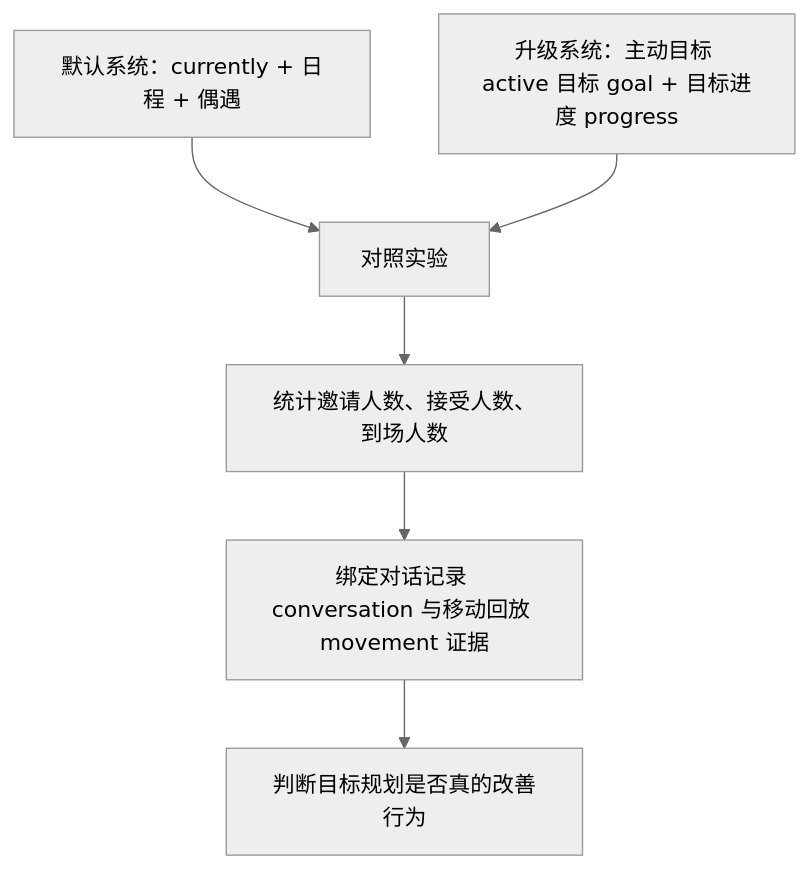
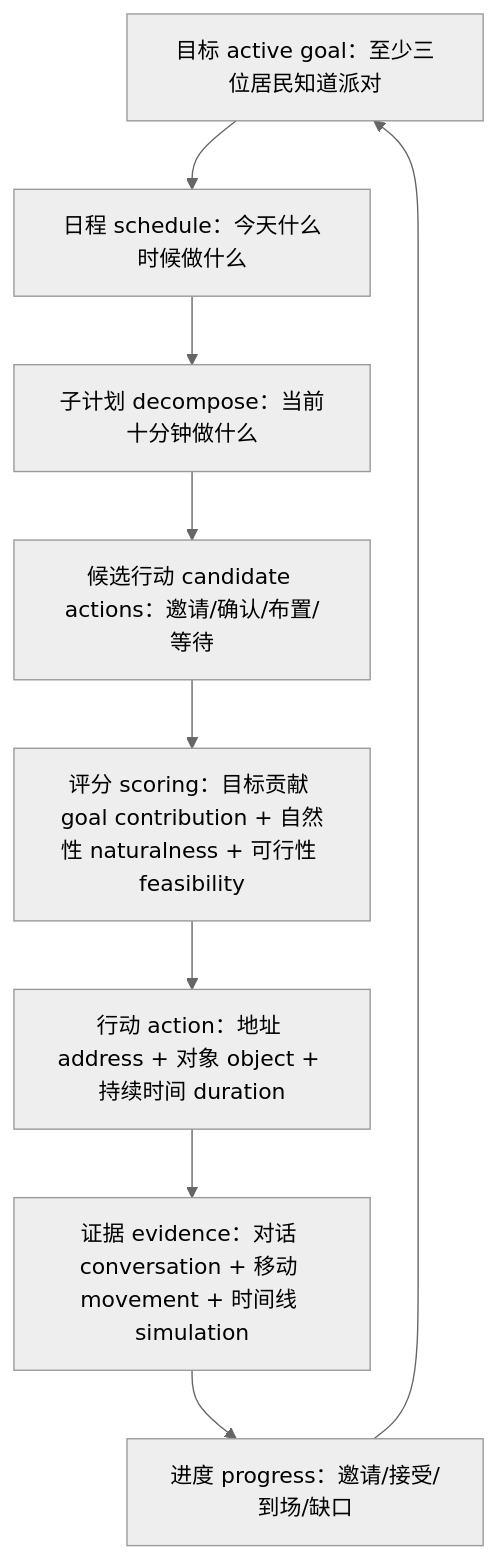
The diagram in docs/book/manuscript/part_05/chapter_34.md (tbkken/GenerativeAgentsCN), drawn with Mermaid (neutral theme) before and after one commit. The commit also changed other lines of this file and 18 other files, not shown here.

````diff
--- a/docs/book/manuscript/part_05/chapter_34.md
+++ b/docs/book/manuscript/part_05/chapter_34.md
@@ -568,8 +11,11 @@
 ```mermaid
 flowchart TD
-    Baseline["默认系统：currently + 日程 + 偶遇"] --> Compare["对照实验"]
-    Upgrade["升级系统：主动目标 active 目标 goal + 目标进度 progress"] --> Compare
-    Compare --> Metrics["统计邀请人数、接受人数、到场人数"]
-    Metrics --> Evidence["绑定对话记录 conversation 与移动回放 movement 证据"]
-    Evidence --> Verdict["判断目标规划是否真的改善行为"]
+    A["目标 active goal：至少三位居民知道派对"] --> B["日程 schedule：今天什么时候做什么"]
+    B --> C["子计划 decompose：当前十分钟做什么"]
+    C --> D["候选行动 candidate actions：邀请/确认/布置/等待"]
+    D --> E["评分 scoring：目标贡献 goal contribution + 自然性 naturalness + 可行性 feasibility"]
+    E --> F["行动 action：地址 address + 对象 object + 持续时间 duration"]
+    F --> G["证据 evidence：对话 conversation + 移动 movement + 时间线 simulation"]
+    G --> H["进度 progress：邀请/接受/到场/缺口"]
+    H --> A
 ```
````
